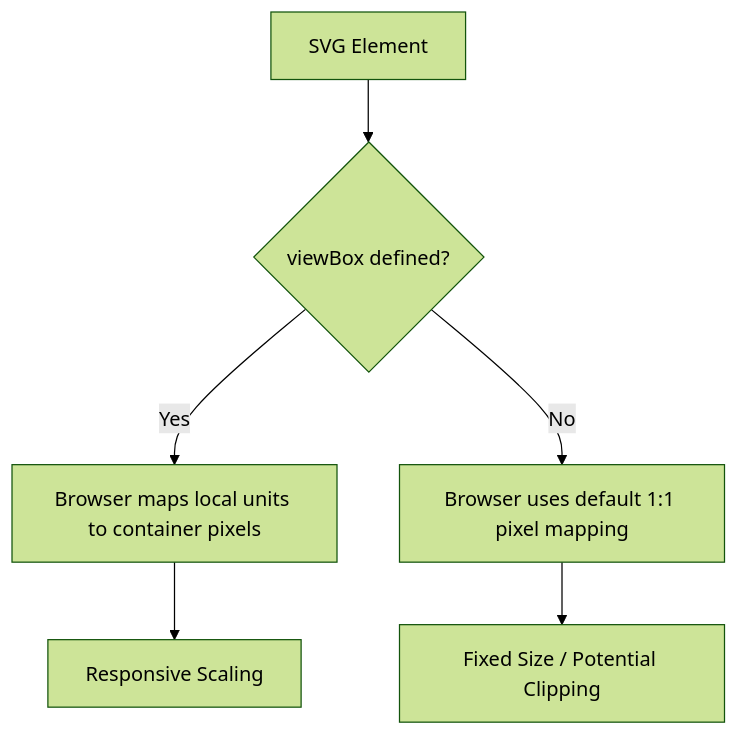
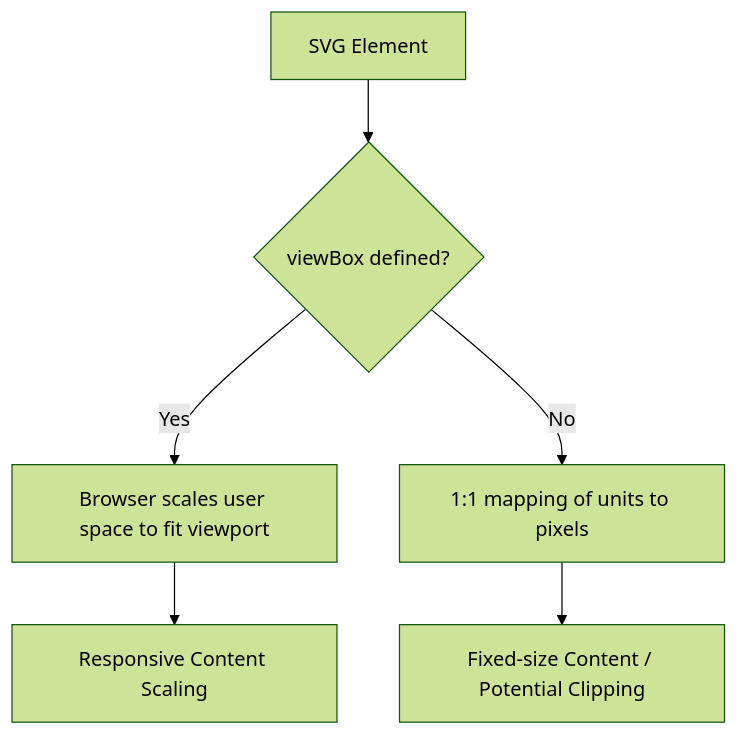
One commit to vaishvanara/techwritingkb changed the diagram in docs/industry-terms/viewbox.md. Above: the diagram before and after it, drawn with Mermaid (forest theme). The commit also changed other lines of this file and 51 other files, not shown here.

````diff
--- a/docs/industry-terms/viewbox.md
+++ b/docs/industry-terms/viewbox.md
@@ -19,8 +19,8 @@
 ```mermaid
 graph TD
     A[SVG Element] --> B{viewBox defined?}
-    B -- Yes --> C[Browser maps local units to container pixels]
-    B -- No --> D[Browser uses default 1:1 pixel mapping]
-    C --> E[Responsive Scaling]
-    D --> F[Fixed Size / Potential Clipping]
+    B -- Yes --> C[Browser scales user space to fit viewport]
+    B -- No --> D[1:1 mapping of units to pixels]
+    C --> E[Responsive Content Scaling]
+    D --> F[Fixed-size Content / Potential Clipping]
 ```
````
